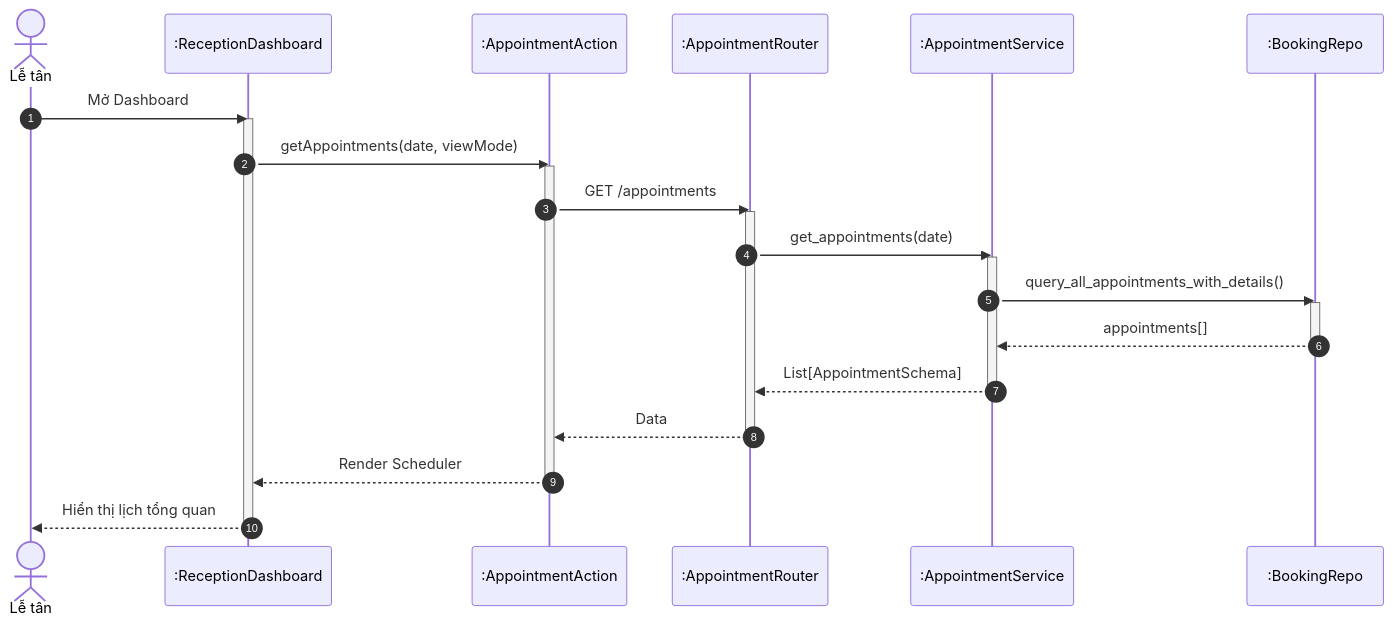
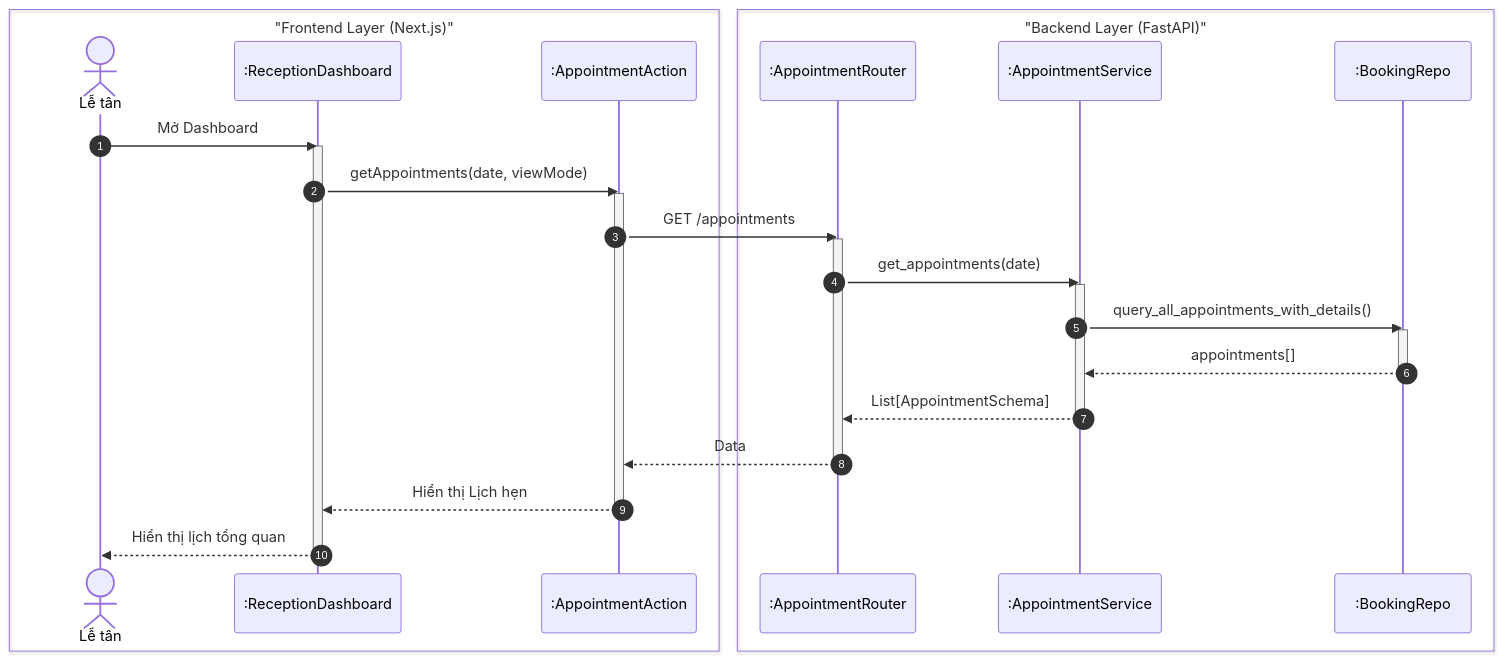
The first of 4 diagrams in docs/design/sequences/receptionist_flows.md (ngoctinn/Synapse), drawn with Mermaid before and after one commit. The commit also changed other lines of this file and 4 other files, not shown here.

Commit message:
docs: Add initial sequence diagrams for authentication, customer, technician, receptionist, and admin flows.

````diff
--- a/docs/design/sequences/receptionist_flows.md
+++ b/docs/design/sequences/receptionist_flows.md
@@ -28,38 +28,43 @@
 ```mermaid
 sequenceDiagram
     autonumber
-    actor LT as Lễ tân
-    participant UI as :ReceptionDashboard
-    participant BFF as :AppointmentAction
-    participant API as :AppointmentRouter
-    participant S as :AppointmentService
-    participant DB as :BookingRepo
+    box "Frontend Layer (Next.js)"
+        actor LT as Lễ tân
+        participant UI as :ReceptionDashboard
+        participant BFF as :AppointmentAction
+    end
+
+    box "Backend Layer (FastAPI)"
+        participant API as :AppointmentRouter
+        participant S as :AppointmentService
+        participant DB as :BookingRepo
+    end
 
     LT->>UI: Mở Dashboard
     activate UI
     UI->>BFF: getAppointments(date, viewMode)
     activate BFF
 
     BFF->>API: GET /appointments
     activate API
 
     API->>S: get_appointments(date)
     activate S
 
     S->>DB: query_all_appointments_with_details()
     activate DB
     DB-->>S: appointments[]
     deactivate DB
 
     S-->>API: List[AppointmentSchema]
     deactivate S
 
     API-->>BFF: Data
     deactivate API
 
-    BFF-->>UI: Render Scheduler
+    BFF-->>UI: Hiển thị Lịch hẹn
     deactivate BFF
 
     UI-->>LT: Hiển thị lịch tổng quan
     deactivate UI
 ```
````
